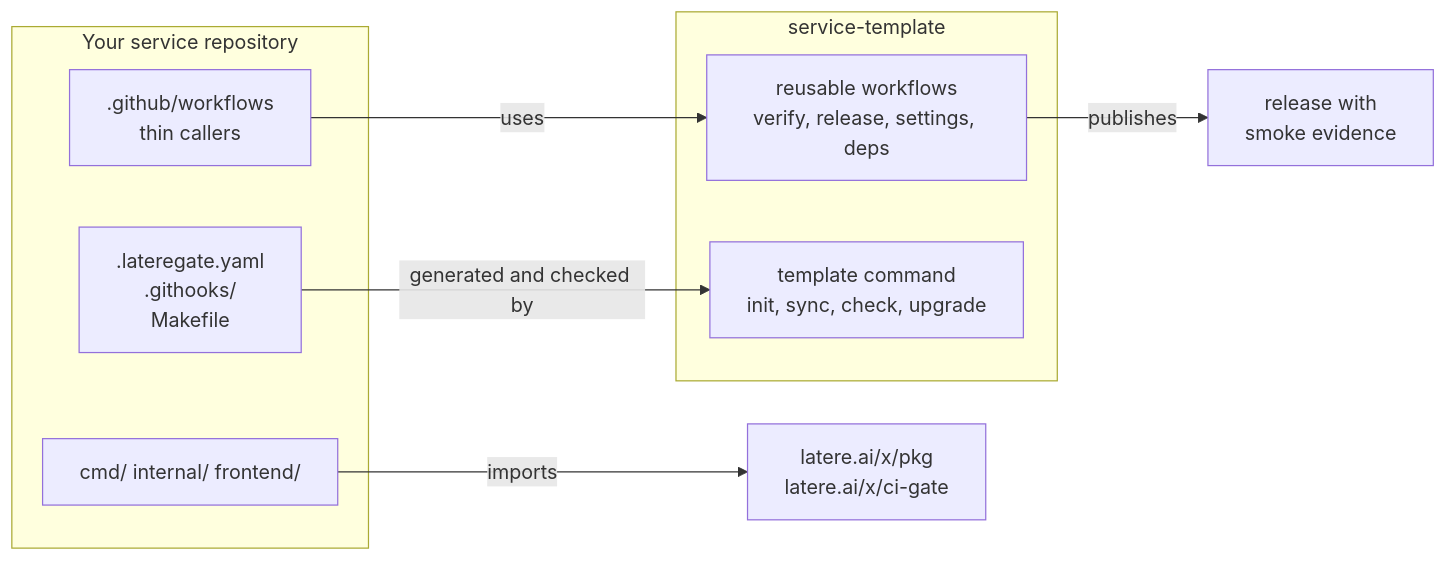
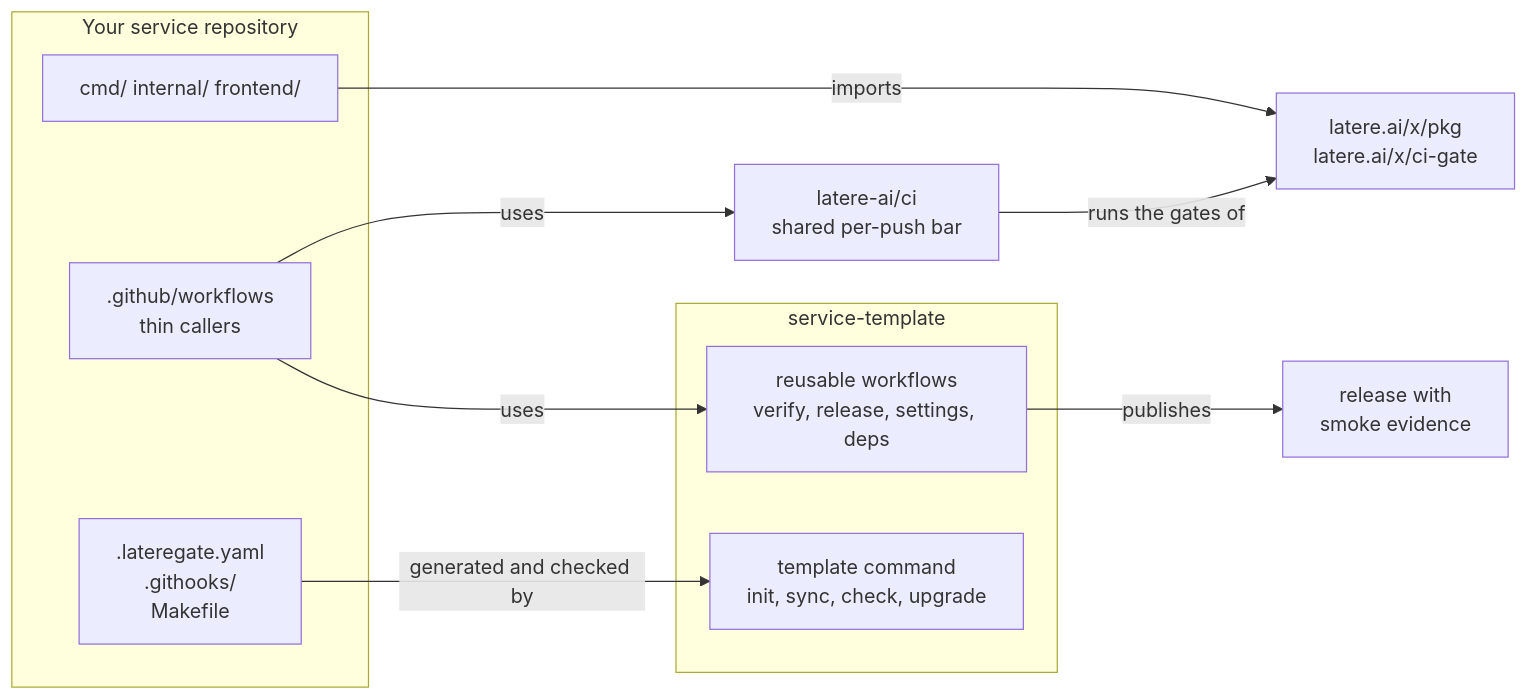
Before and after one commit to latere-ai/service-template: the diagram in README.md, drawn with Mermaid. The commit also changed other lines of this file and 3 other files, not shown here.

Commit message:
docs: two pipelines per push, and what a v1.0.0 service does on upgrade

````diff
--- a/README.md
+++ b/README.md
@@ -86,17 +86,20 @@
 ```mermaid
 flowchart LR
   subgraph Repo["Your service repository"]
     SK["cmd/ internal/ frontend/"]
     CFG[".lateregate.yaml<br/>.githooks/<br/>Makefile"]
     CALL[".github/workflows<br/>thin callers"]
   end
   subgraph T["service-template"]
     WF["reusable workflows<br/>verify, release, settings, deps"]
     GEN["template command<br/>init, sync, check, upgrade"]
   end
   LIB["latere.ai/x/pkg<br/>latere.ai/x/ci-gate"]
+  BAR["latere-ai/ci<br/>shared per-push bar"]
   CALL -->|uses| WF
+  CALL -->|uses| BAR
+  BAR -->|runs the gates of| LIB
   CFG -->|generated and checked by| GEN
   SK -->|imports| LIB
   WF -->|publishes| REL["release with<br/>smoke evidence"]
 ```
````
